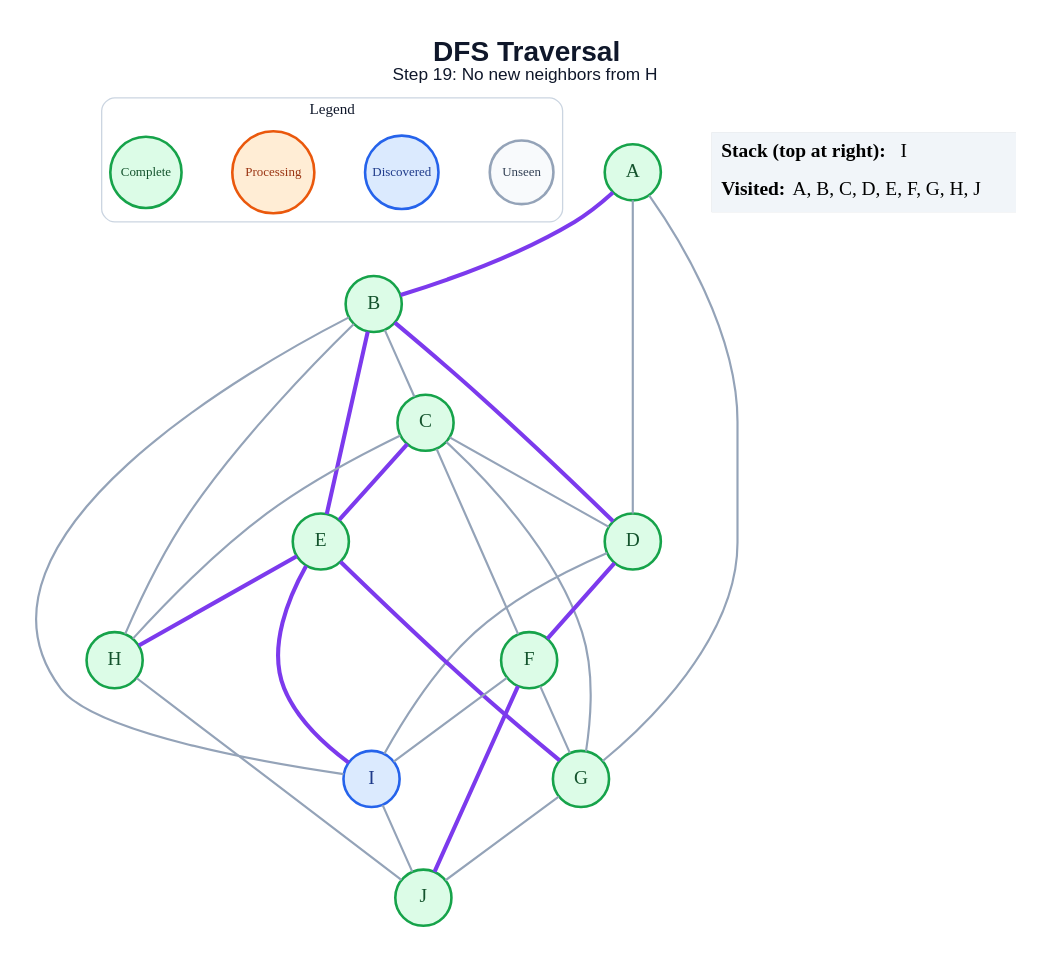
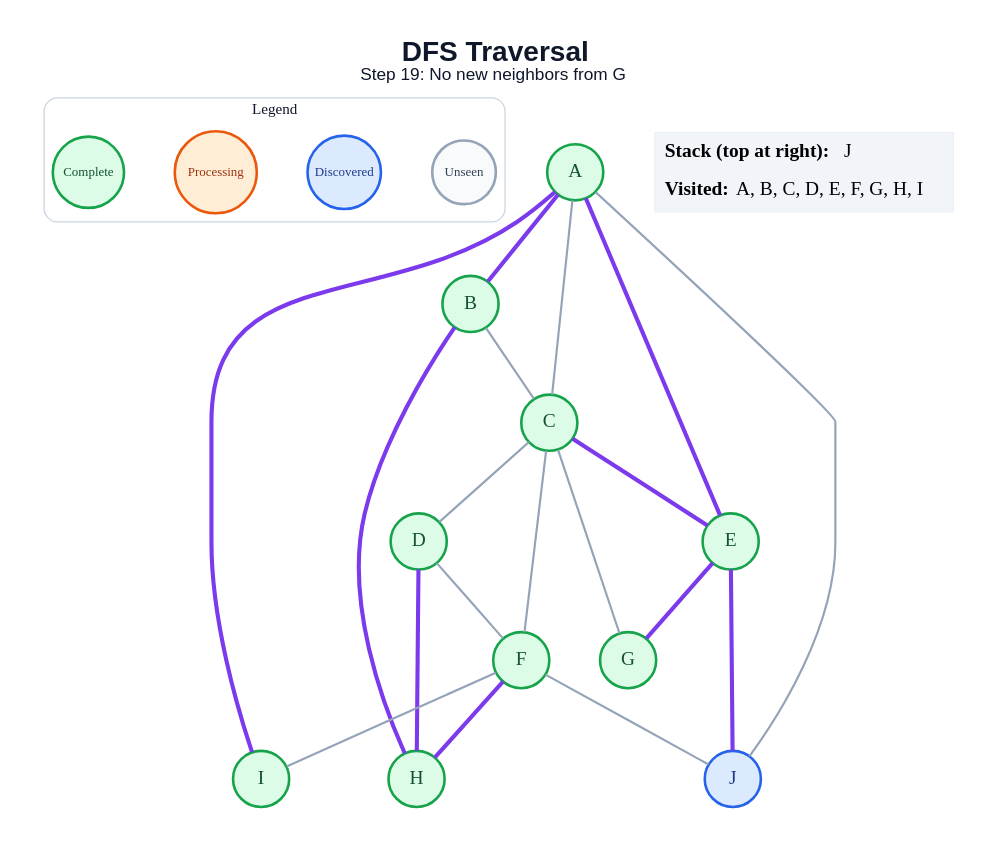
The diagram in generated/specific-node/dfs/step_19.dot (amanghodawala9/ai-slop), drawn with Graphviz before and after one commit. The commit also changed 178 other files, not shown here.

```diff
--- a/generated/specific-node/dfs/step_19.dot
+++ b/generated/specific-node/dfs/step_19.dot
@@ -1,53 +1,47 @@
 graph traversal {
   graph [layout=dot, rankdir=TB, bgcolor="#FFFFFF", pad="0.35", nodesep="0.65", ranksep="0.8", fontname="Arial"];
   node [shape=circle, style="filled", fontname="Arial Bold", fontsize=18, width=0.72, fixedsize=true, penwidth=2.4];
   edge [color="#94A3B8", penwidth=2.0];
-  label=<<B>DFS Traversal</B><BR/><FONT POINT-SIZE="16">Step 19: No new neighbors from H</FONT>>; labelloc="t"; fontsize=26; fontname="Arial"; fontcolor="#0F172A";
+  label=<<B>DFS Traversal</B><BR/><FONT POINT-SIZE="16">Step 19: No new neighbors from G</FONT>>; labelloc="t"; fontsize=26; fontname="Arial"; fontcolor="#0F172A";
   subgraph cluster_legend { label="Legend"; color="#CBD5E1"; penwidth=1.2; style="rounded"; fontsize=14; fontname="Arial Bold";
     key_unseen [label="Unseen", fillcolor="#F8FAFC", color="#94A3B8", fontcolor="#334155", fontsize=12, width=0.82];
     key_frontier [label="Discovered", fillcolor="#DBEAFE", color="#2563EB", fontcolor="#1E3A8A", fontsize=12, width=0.95];
     key_current [label="Processing", fillcolor="#FFEDD5", color="#EA580C", fontcolor="#9A3412", fontsize=12, width=1.05];
     key_done [label="Complete", fillcolor="#DCFCE7", color="#16A34A", fontcolor="#14532D", fontsize=12, width=0.92];
     { rank=same; key_unseen; key_frontier; key_current; key_done; }
   }
   A [fillcolor="#DCFCE7", color="#16A34A", fontcolor="#14532D"];
   B [fillcolor="#DCFCE7", color="#16A34A", fontcolor="#14532D"];
   C [fillcolor="#DCFCE7", color="#16A34A", fontcolor="#14532D"];
   D [fillcolor="#DCFCE7", color="#16A34A", fontcolor="#14532D"];
   E [fillcolor="#DCFCE7", color="#16A34A", fontcolor="#14532D"];
   F [fillcolor="#DCFCE7", color="#16A34A", fontcolor="#14532D"];
   G [fillcolor="#DCFCE7", color="#16A34A", fontcolor="#14532D"];
   H [fillcolor="#DCFCE7", color="#16A34A", fontcolor="#14532D"];
-  I [fillcolor="#DBEAFE", color="#2563EB", fontcolor="#1E3A8A"];
-  J [fillcolor="#DCFCE7", color="#16A34A", fontcolor="#14532D"];
+  I [fillcolor="#DCFCE7", color="#16A34A", fontcolor="#14532D"];
+  J [fillcolor="#DBEAFE", color="#2563EB", fontcolor="#1E3A8A"];
   A -- B [color="#7C3AED", penwidth=3.8];
-  A -- D;
-  A -- G;
+  A -- C;
+  A -- E [color="#7C3AED", penwidth=3.8];
+  A -- I [color="#7C3AED", penwidth=3.8];
+  A -- J;
   B -- C;
-  B -- D [color="#7C3AED", penwidth=3.8];
-  B -- E [color="#7C3AED", penwidth=3.8];
-  B -- H;
-  B -- I;
+  B -- H [color="#7C3AED", penwidth=3.8];
   C -- D;
   C -- E [color="#7C3AED", penwidth=3.8];
   C -- F;
   C -- G;
-  C -- H;
-  D -- F [color="#7C3AED", penwidth=3.8];
-  D -- I;
+  D -- F;
+  D -- H [color="#7C3AED", penwidth=3.8];
   E -- G [color="#7C3AED", penwidth=3.8];
-  E -- H [color="#7C3AED", penwidth=3.8];
-  E -- I [color="#7C3AED", penwidth=3.8];
-  F -- G;
+  E -- J [color="#7C3AED", penwidth=3.8];
+  F -- H [color="#7C3AED", penwidth=3.8];
   F -- I;
-  F -- J [color="#7C3AED", penwidth=3.8];
-  G -- J;
-  H -- J;
-  I -- J;
+  F -- J;
   status [shape=plain, fixedsize=false, width=0, height=0, margin=0, label=<
     <TABLE BORDER="0" CELLBORDER="0" CELLPADDING="7" BGCOLOR="#F1F5F9">
-      <TR><TD ALIGN="LEFT"><B>Stack (top at right):</B> I</TD></TR>
-      <TR><TD ALIGN="LEFT"><B>Visited:</B> A, B, C, D, E, F, G, H, J</TD></TR>
+      <TR><TD ALIGN="LEFT"><B>Stack (top at right):</B> J</TD></TR>
+      <TR><TD ALIGN="LEFT"><B>Visited:</B> A, B, C, D, E, F, G, H, I</TD></TR>
     </TABLE>
   >];
 }
```
